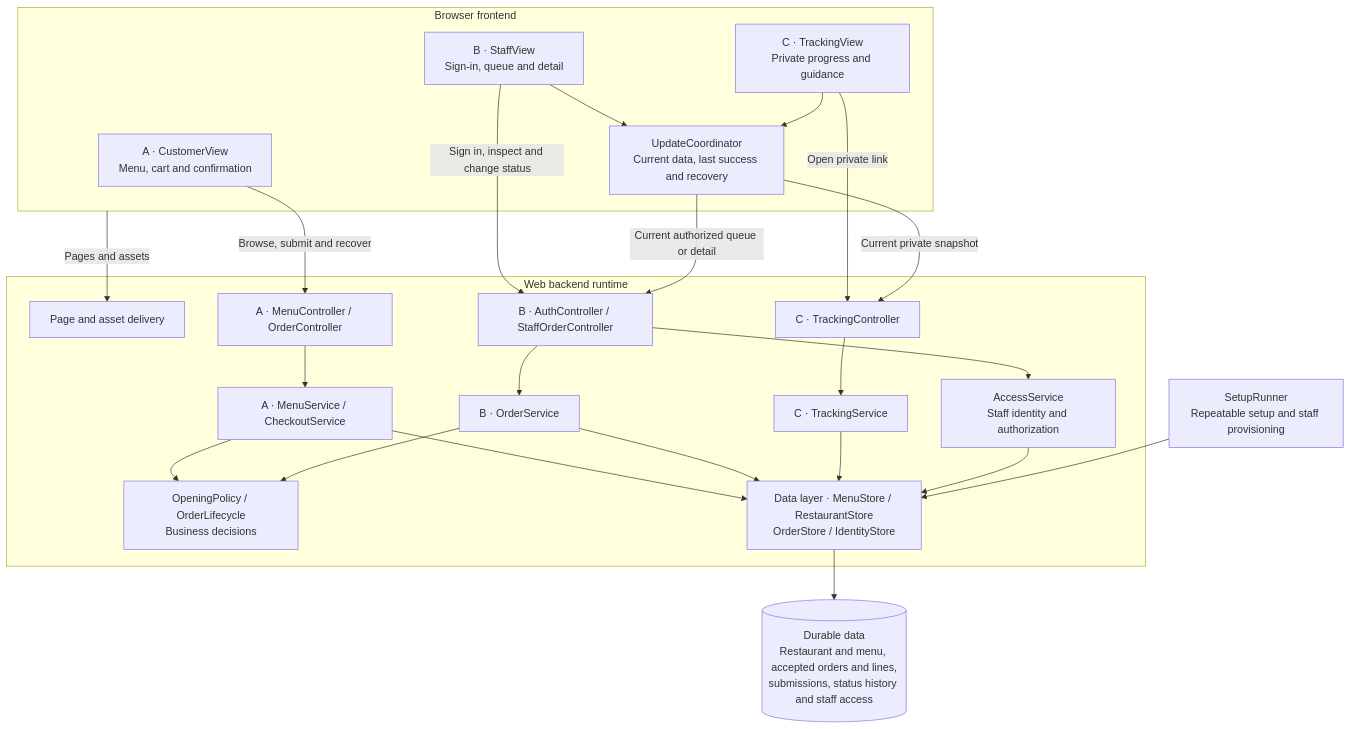
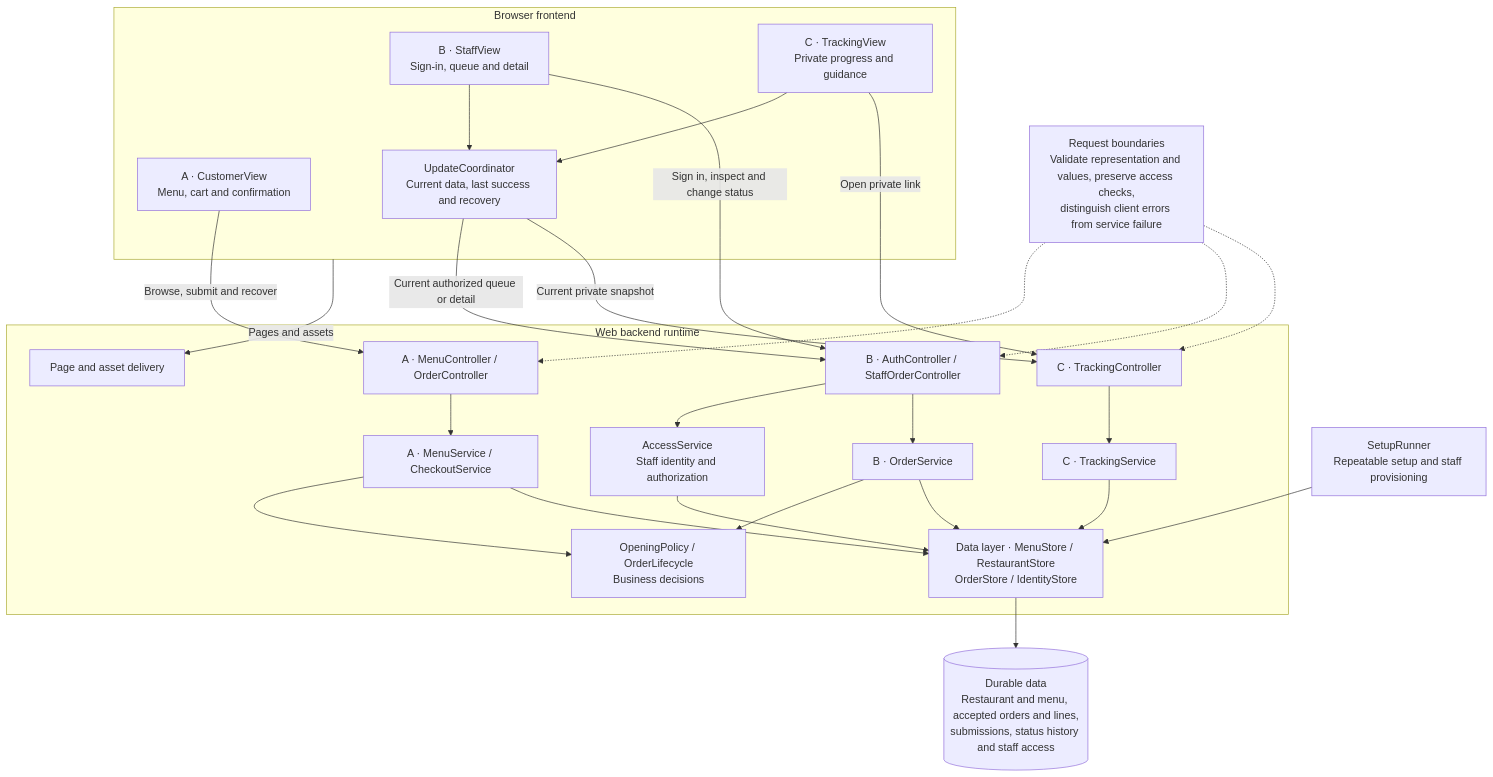
One commit to axantillon/mesa-tica changed the diagram in design/diagrams/05-logical-architecture.mmd. Above: the diagram before and after it, drawn with Mermaid. The commit also changed 14 other files, not shown here.

```diff
--- a/design/diagrams/05-logical-architecture.mmd
+++ b/design/diagrams/05-logical-architecture.mmd
@@ -1,41 +1,45 @@
 flowchart TB
     subgraph Browser["Browser frontend"]
         Customer["A · CustomerView<br/>Menu, cart and confirmation"]
         Staff["B · StaffView<br/>Sign-in, queue and detail"]
         Tracking["C · TrackingView<br/>Private progress and guidance"]
         Updates["UpdateCoordinator<br/>Current data, last success and recovery"]
         Staff --> Updates
         Tracking --> Updates
     end
     subgraph Backend["Web backend runtime"]
         Delivery["Page and asset delivery"]
         AControllers["A · MenuController / OrderController"]
         BControllers["B · AuthController / StaffOrderController"]
         CController["C · TrackingController"]
         Access["AccessService<br/>Staff identity and authorization"]
         AServices["A · MenuService / CheckoutService"]
         BService["B · OrderService"]
         CService["C · TrackingService"]
         Policies["OpeningPolicy / OrderLifecycle<br/>Business decisions"]
         Stores["Data layer · MenuStore / RestaurantStore<br/>OrderStore / IdentityStore"]
         AControllers --> AServices
         BControllers --> Access
         BControllers --> BService
         CController --> CService
         AServices --> Policies
         BService --> Policies
         AServices --> Stores
         BService --> Stores
         CService --> Stores
         Access --> Stores
     end
     Durable[("Durable data<br/>Restaurant and menu, accepted orders and lines,<br/>submissions, status history and staff access")]
     Setup["SetupRunner<br/>Repeatable setup and staff provisioning"]
     Browser -->|"Pages and assets"| Delivery
     Customer -->|"Browse, submit and recover"| AControllers
     Staff -->|"Sign in, inspect and change status"| BControllers
     Tracking -->|"Open private link"| CController
     Updates -->|"Current authorized queue or detail"| BControllers
     Updates -->|"Current private snapshot"| CController
     Stores --> Durable
     Setup --> Stores
+    Boundary["Request boundaries<br/>Validate representation and values, preserve access checks,<br/>distinguish client errors from service failure"]
+    Boundary -.-> AControllers
+    Boundary -.-> BControllers
+    Boundary -.-> CController
```
